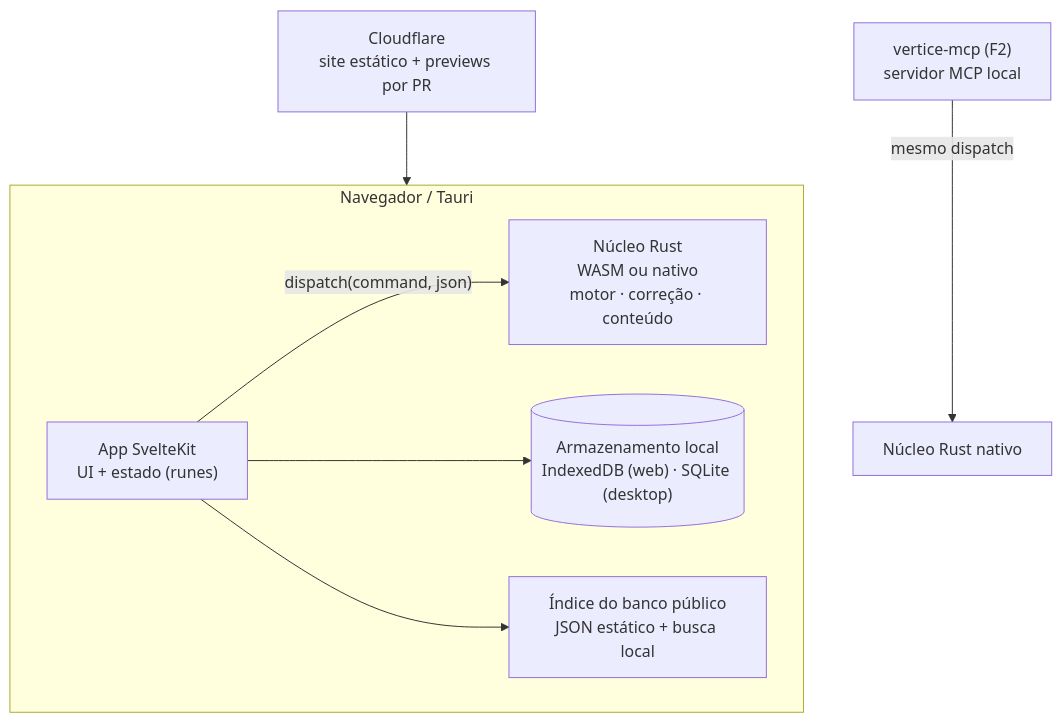
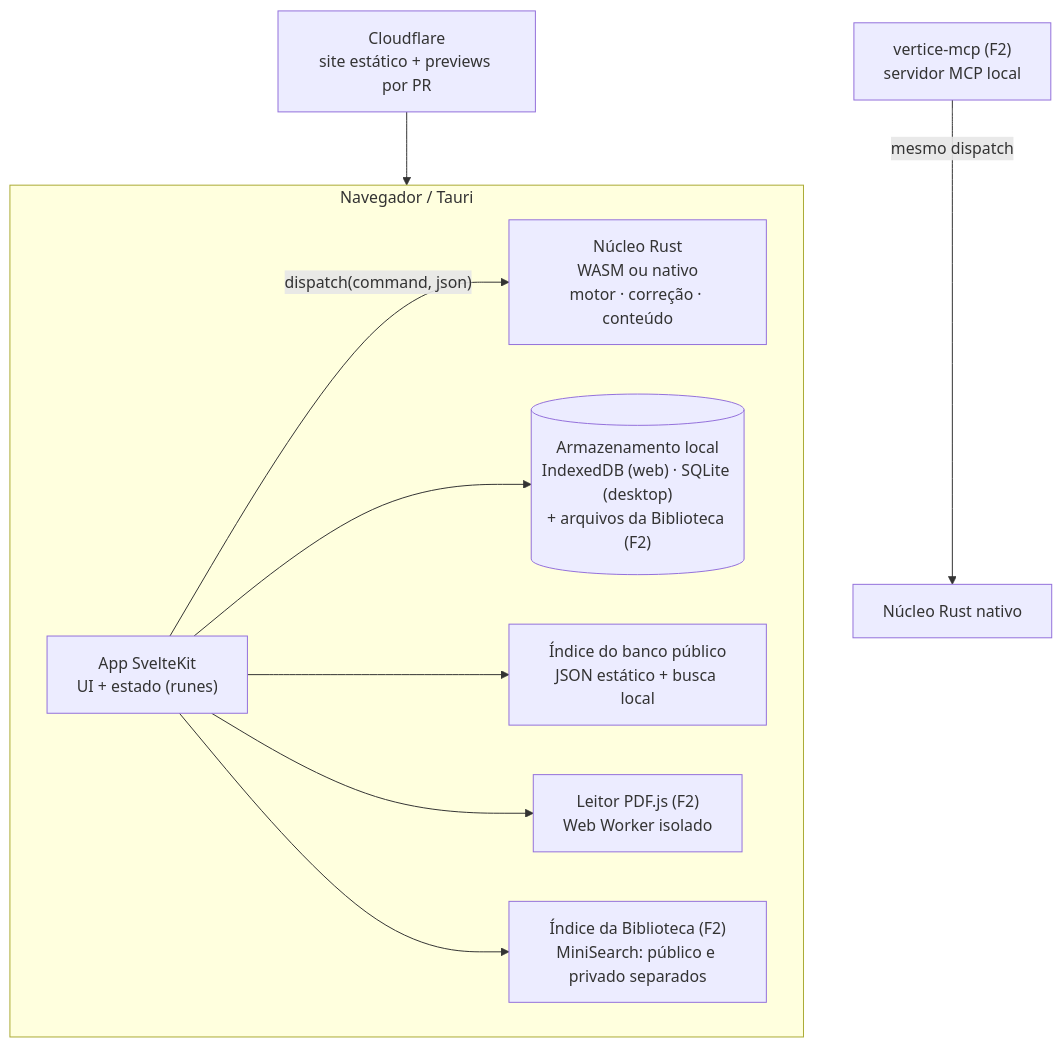
One commit to CauaDecoder/bad-at-calculus changed the second of 5 diagrams in docs/03-arquitetura/visao-geral.md. Above: the diagram before and after it, drawn with Mermaid. The commit also changed other lines of this file and 49 other files, not shown here.

````diff
--- a/docs/03-arquitetura/visao-geral.md
+++ b/docs/03-arquitetura/visao-geral.md
@@ -39,14 +43,18 @@
 ```mermaid
 flowchart TB
     subgraph Browser["Navegador / Tauri"]
         UI["App SvelteKit<br/>UI + estado (runes)"]
         CORE["Núcleo Rust<br/>WASM ou nativo<br/>motor · correção · conteúdo"]
-        LDB[("Armazenamento local<br/>IndexedDB (web) · SQLite (desktop)")]
+        LDB[("Armazenamento local<br/>IndexedDB (web) · SQLite (desktop)<br/>+ arquivos da Biblioteca (F2)")]
         IDX["Índice do banco público<br/>JSON estático + busca local"]
+        RDR["Leitor PDF.js (F2)<br/>Web Worker isolado"]
+        LIDX["Índice da Biblioteca (F2)<br/>MiniSearch: público e privado separados"]
         UI -- "dispatch(command, json)" --> CORE
         UI --> LDB
         UI --> IDX
+        UI --> RDR
+        UI --> LIDX
     end
     CDN["Cloudflare<br/>site estático + previews por PR"] --> Browser
     MCP["vertice-mcp (F2)<br/>servidor MCP local"] -- "mesmo dispatch" --> CORE2["Núcleo Rust nativo"]
 ```
````
